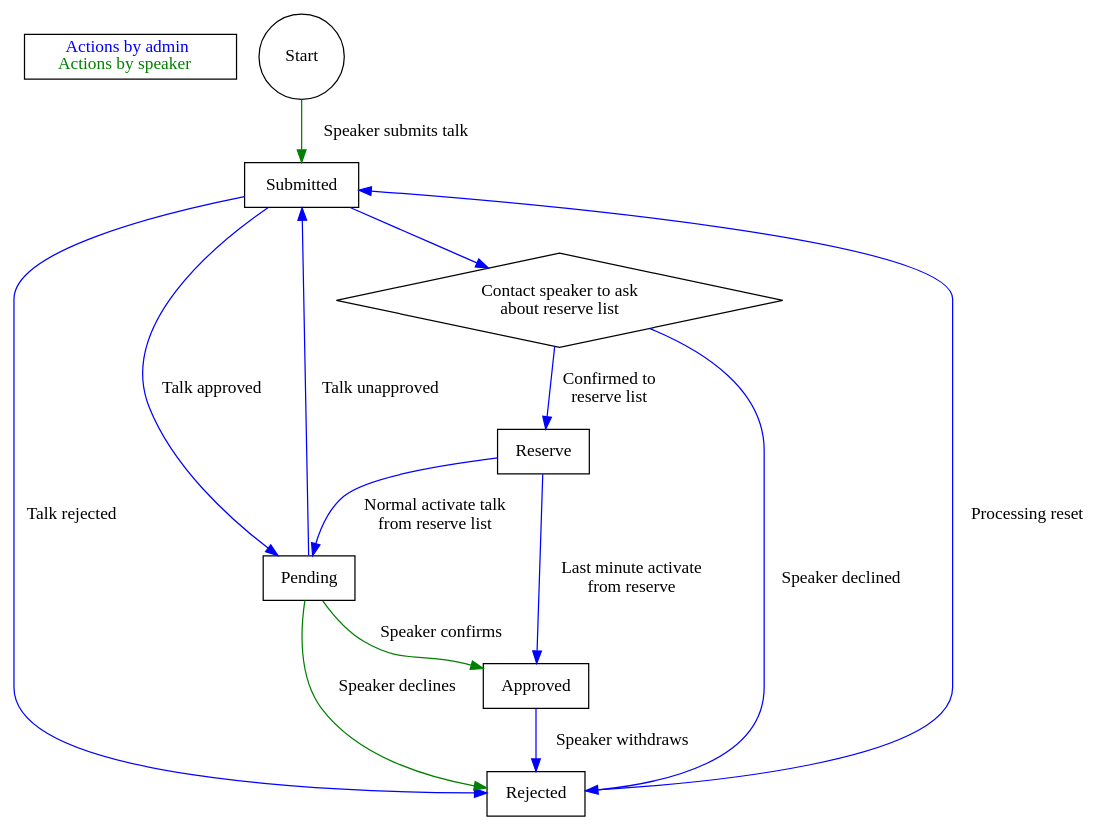
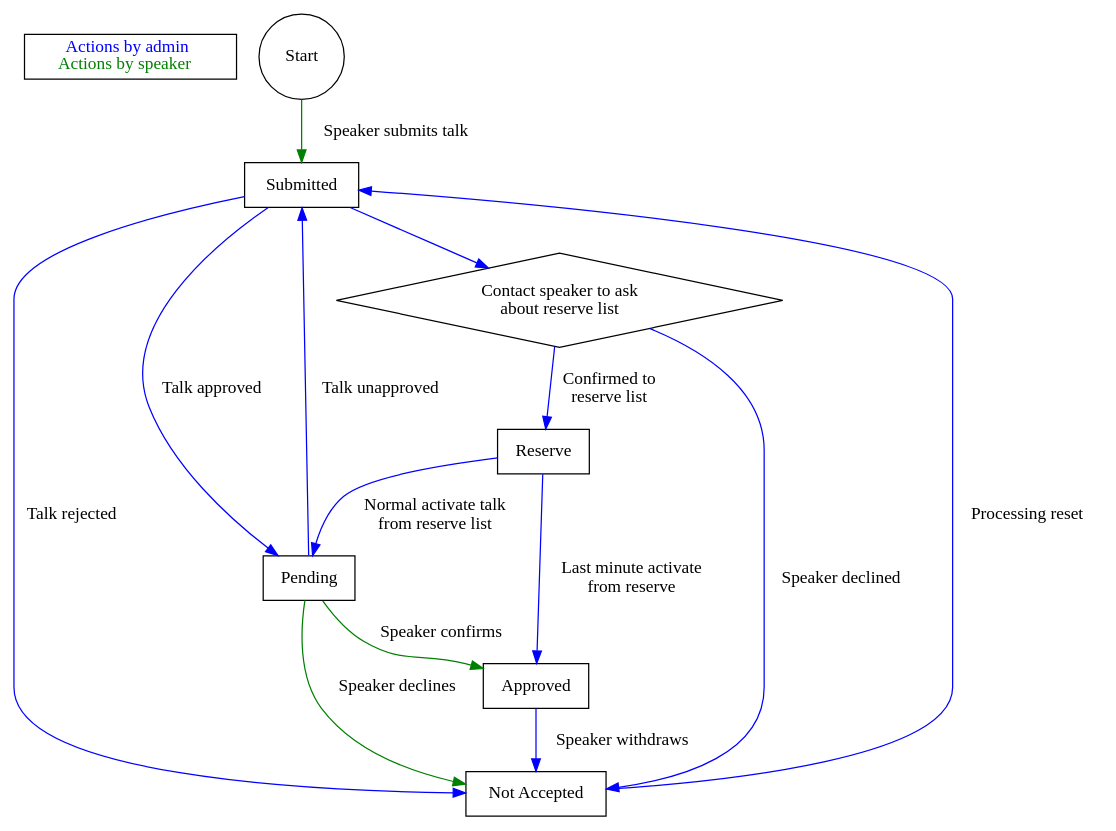
The diagram in docs/confreg/graphs/talk_states.dot (pgeu/pgeu-system), drawn with Graphviz before and after one commit. The commit also changed 3 other files, not shown here.

First line of the commit message:
Change term Rejected to Not Accepted for sessions

```diff
--- a/docs/confreg/graphs/talk_states.dot
+++ b/docs/confreg/graphs/talk_states.dot
@@ -1,31 +1,31 @@
 digraph talkstates {
 	subgraph legend {
 		key[shape=box, label=<
 		    <font color="blue">Actions by admin</font><br/>
 		    <font color="green">Actions by speaker</font><br/>
 		>, labeljust="l"]
 	}
 
 	start[shape=circle label=Start];
 
 	submitted[shape=box label=Submitted];
 	pending[shape=box label=Pending];
 	approved[shape=box label=Approved];
 	reserve[shape=box label=Reserve];
 	pendingreserve[shape=diamond label="Contact speaker to ask\nabout reserve list"];
-	rejected[shape=box label=Rejected];
+	rejected[shape=box label="Not Accepted"];
 
 	start -> submitted [label = "Speaker submits talk", color=green];
 	submitted -> pending [label = "Talk approved", color=blue]
 	pending -> approved [label = "Speaker confirms", color=green]
 	pending -> rejected [label = "Speaker declines", color=green]
 	pending -> submitted [label = "Talk unapproved", color=blue]
 	submitted -> rejected [label = "Talk rejected", color=blue]
 	submitted -> pendingreserve [xabel = "Talk to\nreserve list", color=blue]
 	pendingreserve -> reserve [label = "Confirmed to\nreserve list", color=blue]
 	pendingreserve -> rejected [label = "Speaker declined", color=blue]
 	reserve -> pending [label = "Normal activate talk\n from reserve list", color=blue]
 	approved -> rejected [label = "Speaker withdraws", color=blue]
 	rejected -> submitted [label = "Processing reset", color=blue]
 	reserve -> approved [label = "Last minute activate\nfrom reserve", color=blue]
 }
```
